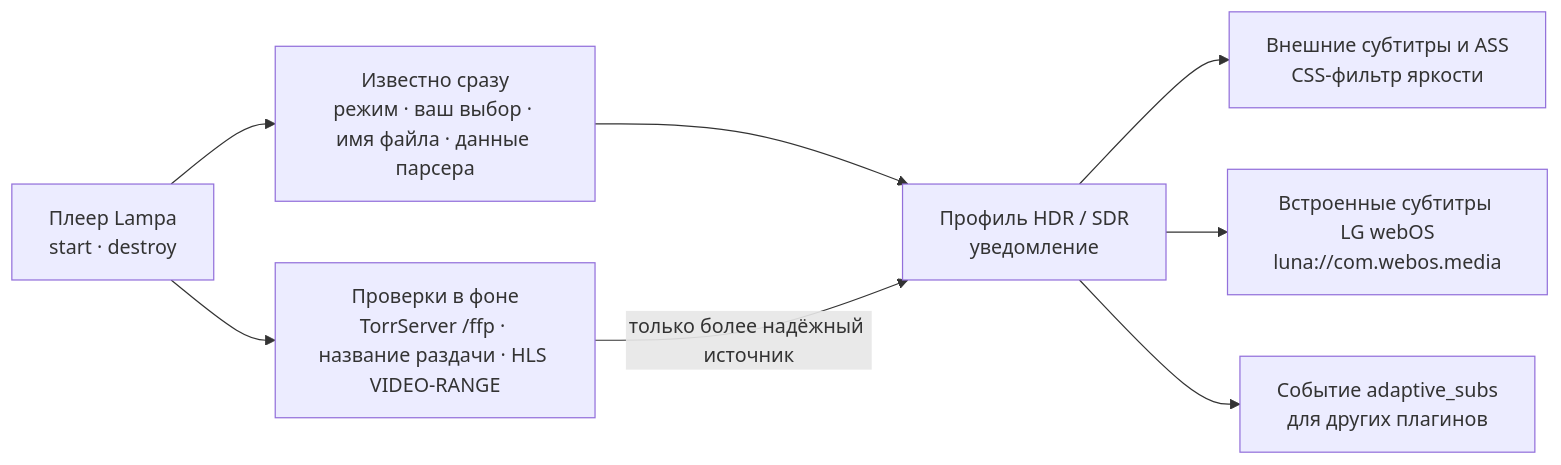
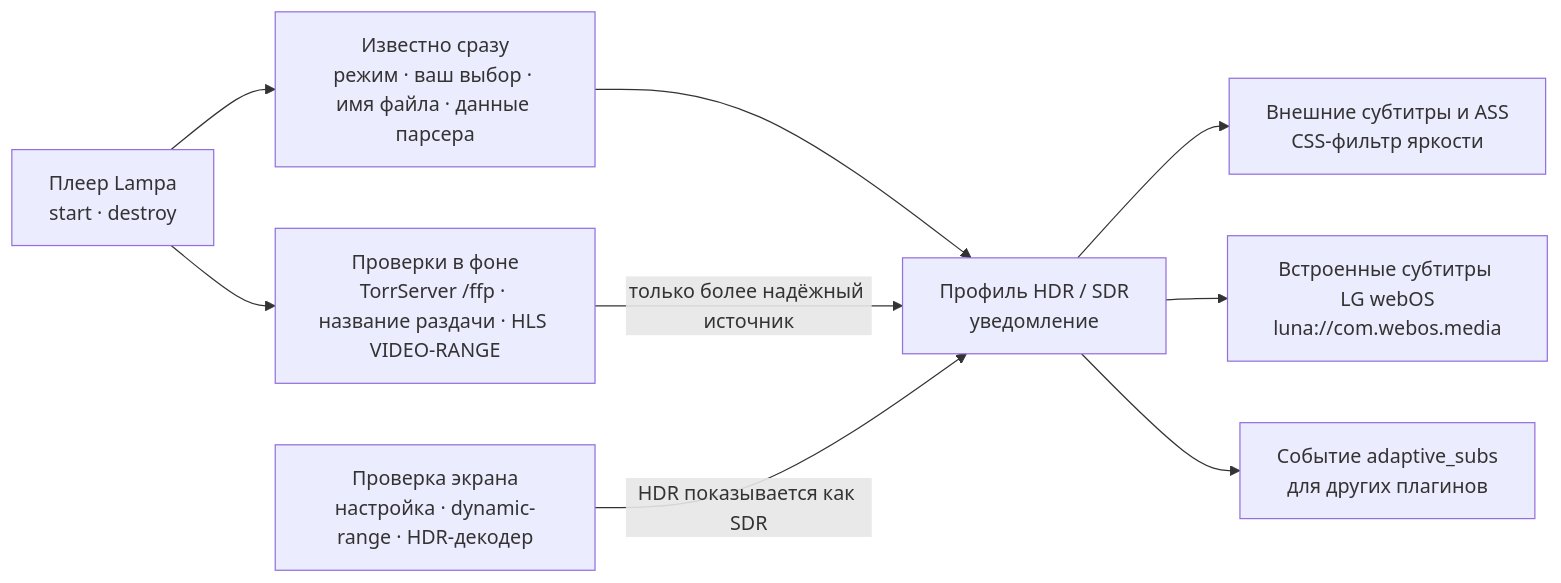
The diagram in README.ru.md (emoorpheus/lampa-adaptive-subtitles), drawn with Mermaid before and after one commit. The commit also changed other lines of this file and 30 other files, not shown here.

````diff
--- a/README.ru.md
+++ b/README.ru.md
@@ -55,10 +63,11 @@
 ```mermaid
 flowchart LR
     P["Плеер Lampa<br/>start · destroy"] --> Q["Известно сразу<br/>режим · ваш выбор · имя файла · данные парсера"]
     P --> E["Проверки в фоне<br/>TorrServer /ffp · название раздачи · HLS VIDEO-RANGE"]
     Q --> A["Профиль HDR / SDR<br/>уведомление"]
     E -->|только более надёжный источник| A
+    D["Проверка экрана<br/>настройка · dynamic-range · HDR-декодер"] -->|HDR показывается как SDR| A
     A --> S["Внешние субтитры и ASS<br/>CSS-фильтр яркости"]
     A --> W["Встроенные субтитры LG webOS<br/>luna://com.webos.media"]
     A --> X["Событие adaptive_subs<br/>для других плагинов"]
 ```
````
